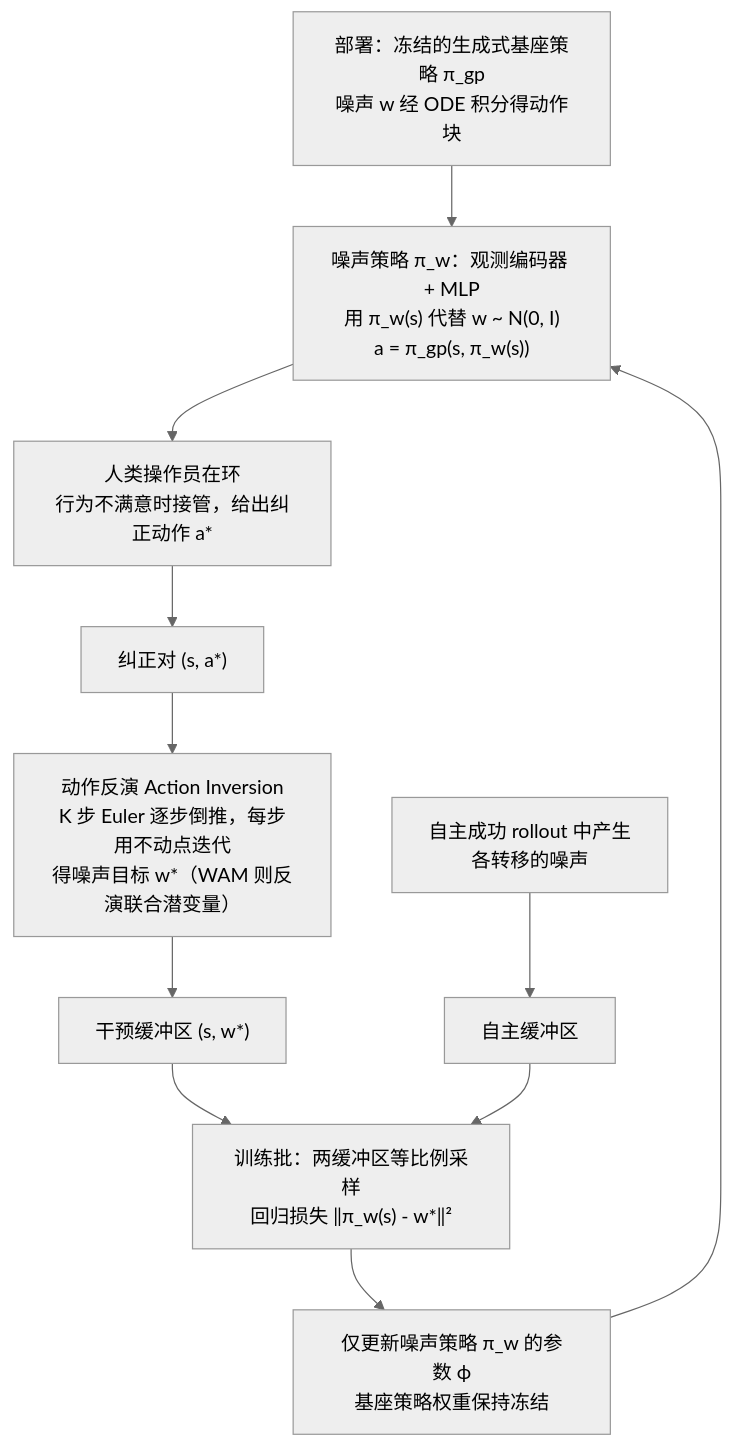
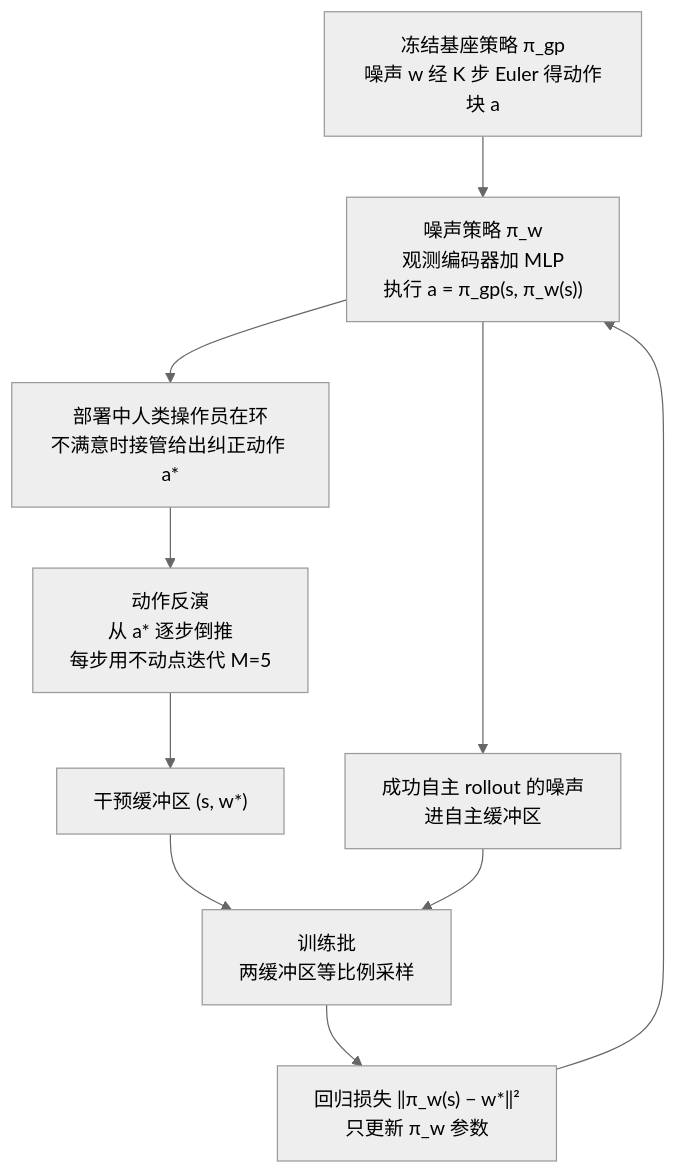
The diagram in wiki/entities/paper-rcl-2607-08877-flowdagger-human-in-the-loop-adaptation-of-gener.md (ImChong/Robotics_Notebooks), drawn with Mermaid (neutral theme) before and after one commit. The commit also changed other lines of this file and 196 other files, not shown here.

````diff
--- a/wiki/entities/paper-rcl-2607-08877-flowdagger-human-in-the-loop-adaptation-of-gener.md
+++ b/wiki/entities/paper-rcl-2607-08877-flowdagger-human-in-the-loop-adaptation-of-gener.md
@@ -47,13 +65,12 @@
 ```mermaid
 flowchart TD
-    A["部署：冻结的生成式基座策略 π_gp<br/>噪声 w 经 ODE 积分得动作块"] --> B["噪声策略 π_w：观测编码器 + MLP<br/>用 π_w(s) 代替 w ~ N(0, I)<br/>a = π_gp(s, π_w(s))"]
-    B --> C["人类操作员在环<br/>行为不满意时接管，给出纠正动作 a*"]
-    C --> D["纠正对 (s, a*)"]
-    D --> E["动作反演 Action Inversion<br/>K 步 Euler 逐步倒推，每步用不动点迭代<br/>得噪声目标 w*（WAM 则反演联合潜变量）"]
-    E --> F["干预缓冲区 (s, w*)"]
-    G["自主成功 rollout 中产生<br/>各转移的噪声"] --> H["自主缓冲区"]
-    F --> I["训练批：两缓冲区等比例采样<br/>回归损失 ‖π_w(s) - w*‖²"]
-    H --> I
-    I --> J["仅更新噪声策略 π_w 的参数 ϕ<br/>基座策略权重保持冻结"]
-    J --> B
+    A["冻结基座策略 π_gp<br/>噪声 w 经 K 步 Euler 得动作块 a"] --> B["噪声策略 π_w<br/>观测编码器加 MLP<br/>执行 a = π_gp(s, π_w(s))"]
+    B --> C["部署中人类操作员在环<br/>不满意时接管给出纠正动作 a*"]
+    C --> D["动作反演<br/>从 a* 逐步倒推<br/>每步用不动点迭代 M=5"]
+    D --> E["干预缓冲区 (s, w*)"]
+    B --> F["成功自主 rollout 的噪声<br/>进自主缓冲区"]
+    E --> G["训练批<br/>两缓冲区等比例采样"]
+    F --> G
+    G --> H["回归损失 ‖π_w(s) − w*‖²<br/>只更新 π_w 参数"]
+    H --> B
 ```
````
